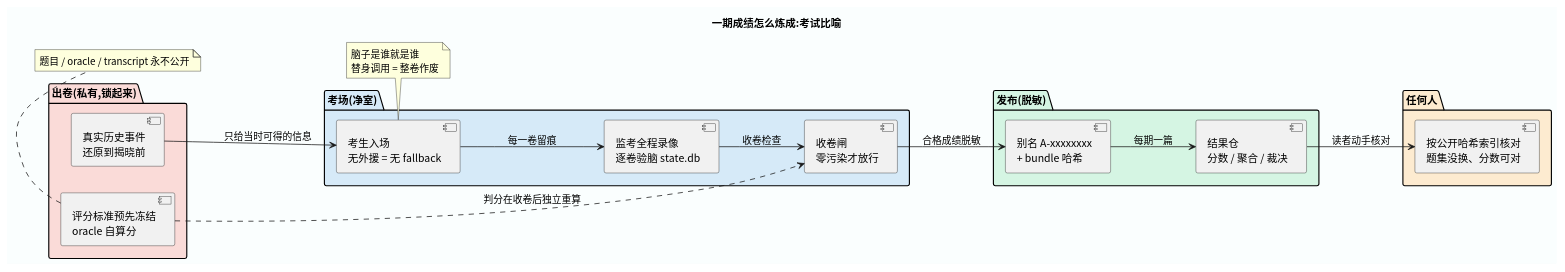
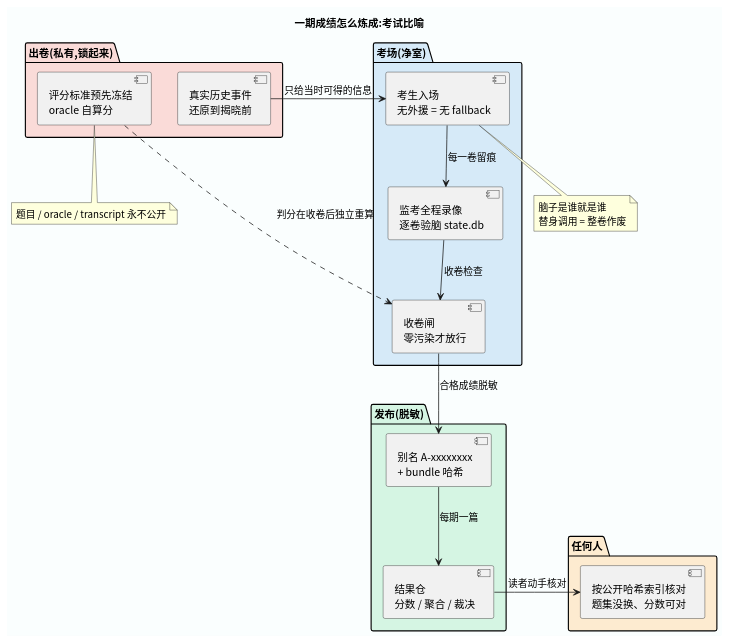
Before and after one commit to getaskclaw/amber: the diagram in docs/images/trust-chain.puml, drawn with PlantUML. The commit also changed 5 other files, not shown here.

```diff
--- a/docs/images/trust-chain.puml
+++ b/docs/images/trust-chain.puml
@@ -1,32 +1,31 @@
 @startuml
 skinparam backgroundColor #FAFEFE
 skinparam defaultFontName "Noto Sans CJK SC"
 skinparam shadowing false
 title 一期成绩怎么炼成:考试比喻
-left to right direction
 package "出卷(私有,锁起来)" #FADBD8 {
   [真实历史事件\n还原到揭晓前] as kase
   [评分标准预先冻结\noracle 自算分] as oracle
 }
 package "考场(净室)" #D6EAF8 {
   [考生入场\n无外援 = 无 fallback] as exam
   [监考全程录像\n逐卷验脑 state.db] as monitor
   [收卷闸\n零污染才放行] as gate
 }
 package "发布(脱敏)" #D5F5E3 {
   [别名 A-xxxxxxxx\n+ bundle 哈希] as aliasx
   [结果仓\n分数 / 聚合 / 裁决] as pub
 }
 package "任何人" #FDEBD0 {
   [按公开哈希索引核对\n题集没换、分数可对] as verify
 }
-kase --> exam : 只给当时可得的信息
+kase -right-> exam : 只给当时可得的信息
 oracle ..> gate : 判分在收卷后独立重算
 exam --> monitor : 每一卷留痕
 monitor --> gate : 收卷检查
-gate --> aliasx : 合格成绩脱敏
+gate -down-> aliasx : 合格成绩脱敏
 aliasx --> pub : 每期一篇
-pub --> verify : 读者动手核对
+pub -left-> verify : 读者动手核对
 note bottom of oracle : 题目 / oracle / transcript 永不公开
 note bottom of exam : 脑子是谁就是谁\n替身调用 = 整卷作废
 @enduml
```
